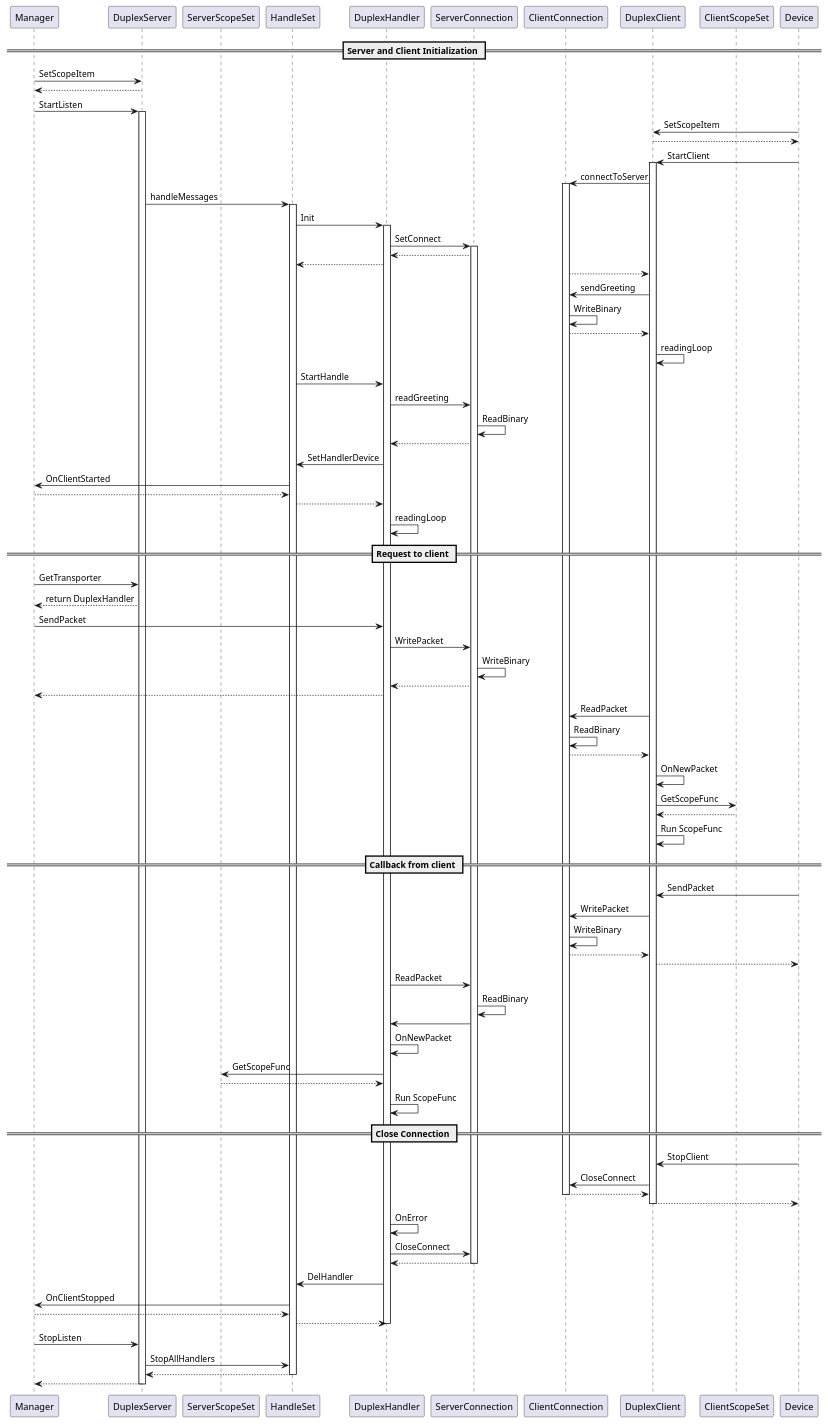
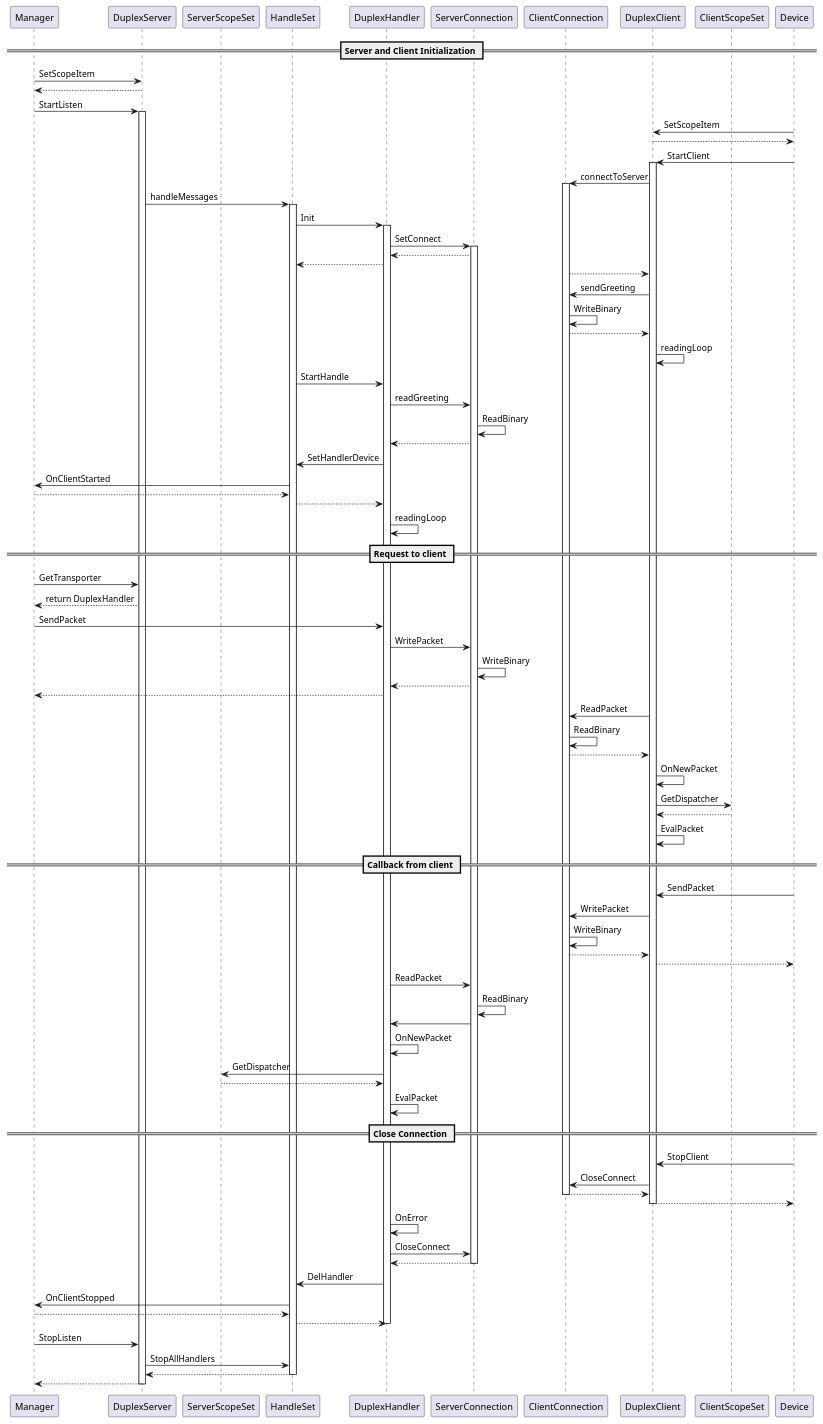
The diagram in uml_model/duplex_sequence.puml (iftsoft/device), drawn with PlantUML before and after one commit. The commit also changed 19 other files, not shown here.

```diff
--- a/uml_model/duplex_sequence.puml
+++ b/uml_model/duplex_sequence.puml
@@ -1,111 +1,111 @@
 @startuml
 
 participant Manager
 participant DuplexServer
 participant ServerScopeSet
 participant HandleSet
 participant DuplexHandler
 participant ServerConnection
 participant ClientConnection
 participant DuplexClient
 participant ClientScopeSet
 participant Device
 
 == Server and Client Initialization ==
 
 Manager -> DuplexServer : SetScopeItem
 Manager <-- DuplexServer
 Manager -> DuplexServer : StartListen
 activate DuplexServer
 
 Device -> DuplexClient : SetScopeItem
 Device <-- DuplexClient
 Device -> DuplexClient : StartClient
 activate DuplexClient
 DuplexClient -> ClientConnection : connectToServer
 activate ClientConnection
 DuplexServer -> HandleSet : handleMessages
 activate HandleSet
 HandleSet -> DuplexHandler : Init
 activate DuplexHandler
 DuplexHandler -> ServerConnection : SetConnect
 activate ServerConnection
 DuplexHandler <-- ServerConnection
 HandleSet <-- DuplexHandler
 DuplexClient <-- ClientConnection
 DuplexClient -> ClientConnection : sendGreeting
 ClientConnection -> ClientConnection : WriteBinary
 DuplexClient <-- ClientConnection
 DuplexClient -> DuplexClient : readingLoop
 
 HandleSet -> DuplexHandler : StartHandle
 DuplexHandler -> ServerConnection : readGreeting
 ServerConnection -> ServerConnection : ReadBinary
 DuplexHandler <-- ServerConnection
 DuplexHandler -> HandleSet : SetHandlerDevice
 HandleSet -> Manager : OnClientStarted
 HandleSet <-- Manager
 DuplexHandler <-- HandleSet
 DuplexHandler -> DuplexHandler : readingLoop
 
 == Request to client ==
 
 Manager -> DuplexServer : GetTransporter
 Manager <-- DuplexServer : return DuplexHandler
 Manager -> DuplexHandler : SendPacket
 DuplexHandler -> ServerConnection : WritePacket
 ServerConnection -> ServerConnection : WriteBinary
 DuplexHandler <-- ServerConnection
 Manager <-- DuplexHandler
 
 DuplexClient -> ClientConnection : ReadPacket
 ClientConnection -> ClientConnection : ReadBinary
 DuplexClient <-- ClientConnection
 DuplexClient -> DuplexClient : OnNewPacket
-DuplexClient -> ClientScopeSet : GetScopeFunc
+DuplexClient -> ClientScopeSet : GetDispatcher
 DuplexClient <-- ClientScopeSet
-DuplexClient -> DuplexClient : Run ScopeFunc
+DuplexClient -> DuplexClient : EvalPacket
 
 == Callback from client ==
 
 Device -> DuplexClient : SendPacket
 DuplexClient -> ClientConnection : WritePacket
 ClientConnection -> ClientConnection : WriteBinary
 DuplexClient <-- ClientConnection
 Device <-- DuplexClient
 
 DuplexHandler -> ServerConnection : ReadPacket
 ServerConnection -> ServerConnection : ReadBinary
 DuplexHandler <- ServerConnection
 DuplexHandler -> DuplexHandler : OnNewPacket
-DuplexHandler -> ServerScopeSet : GetScopeFunc
+DuplexHandler -> ServerScopeSet : GetDispatcher
 DuplexHandler <-- ServerScopeSet
-DuplexHandler -> DuplexHandler : Run ScopeFunc
+DuplexHandler -> DuplexHandler : EvalPacket
 
 == Close Connection ==
 
 Device -> DuplexClient : StopClient
 DuplexClient -> ClientConnection : CloseConnect
 DuplexClient <-- ClientConnection
 deactivate ClientConnection
 Device <-- DuplexClient
 deactivate DuplexClient
 
 DuplexHandler -> DuplexHandler : OnError
 DuplexHandler -> ServerConnection : CloseConnect
 DuplexHandler <-- ServerConnection
 deactivate ServerConnection
 DuplexHandler -> HandleSet : DelHandler
 HandleSet -> Manager : OnClientStopped
 HandleSet <-- Manager
 DuplexHandler <-- HandleSet
 deactivate DuplexHandler
 
 Manager -> DuplexServer : StopListen
 DuplexServer -> HandleSet : StopAllHandlers
 DuplexServer <-- HandleSet
 deactivate HandleSet
 Manager <-- DuplexServer
 deactivate DuplexServer
 
 @enduml
```
